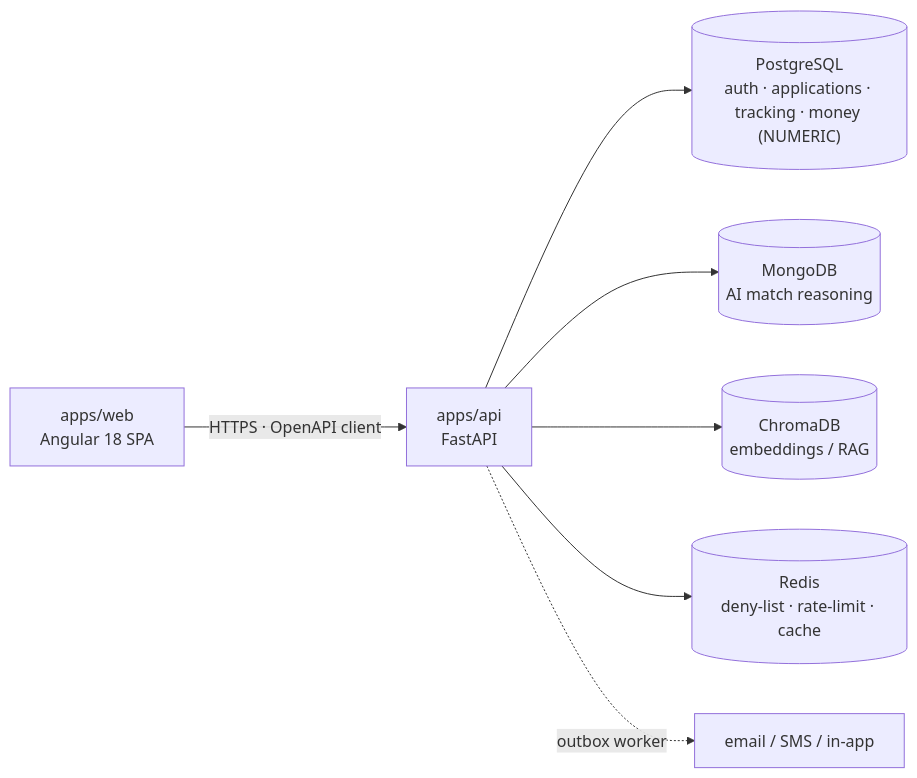
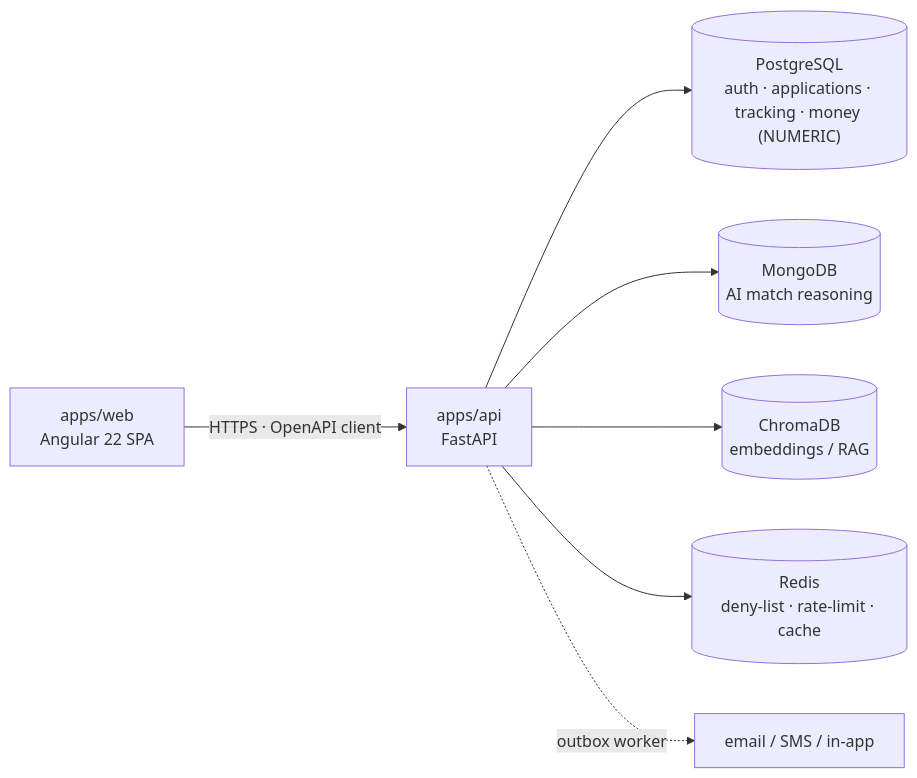
Before and after one commit to KSDRILL-SA/fundslink-Academy: the diagram in ARCHITECTURE.md, drawn with Mermaid. The commit also changed other lines of this file and 39 other files, not shown here.

First line of the commit message:
feat(web): Angular 22 + Tailwind 4 — 68 vulnerabilities to zero, Sentry off the critical path (#193)

````diff
--- a/ARCHITECTURE.md
+++ b/ARCHITECTURE.md
@@ -20,9 +20,9 @@
 ```mermaid
 flowchart LR
-  SPA["apps/web<br/>Angular 18 SPA"] -->|"HTTPS · OpenAPI client"| API["apps/api<br/>FastAPI"]
+  SPA["apps/web<br/>Angular 22 SPA"] -->|"HTTPS · OpenAPI client"| API["apps/api<br/>FastAPI"]
   API --> PG[("PostgreSQL<br/>auth · applications · tracking · money (NUMERIC)")]
   API --> MG[("MongoDB<br/>AI match reasoning")]
   API --> CH[("ChromaDB<br/>embeddings / RAG")]
   API --> RD[("Redis<br/>deny-list · rate-limit · cache")]
   API -.->|"outbox worker"| MAIL["email / SMS / in-app"]
 ```
````
